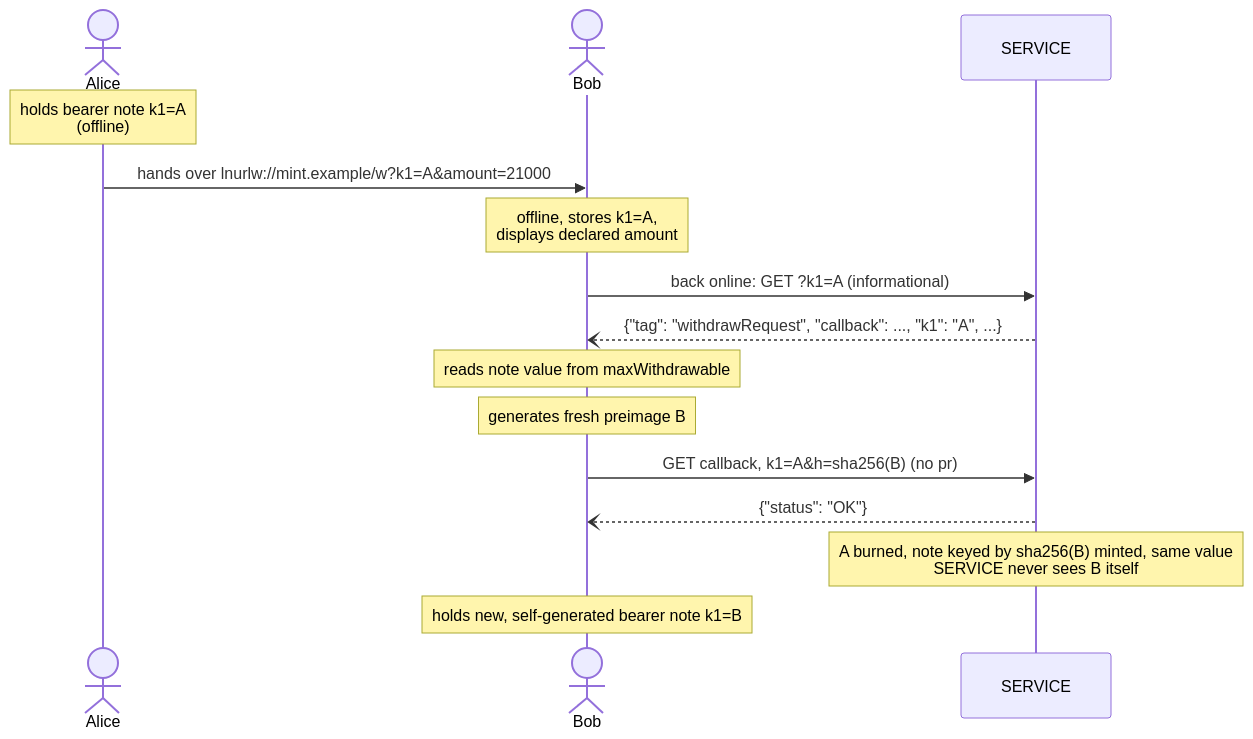
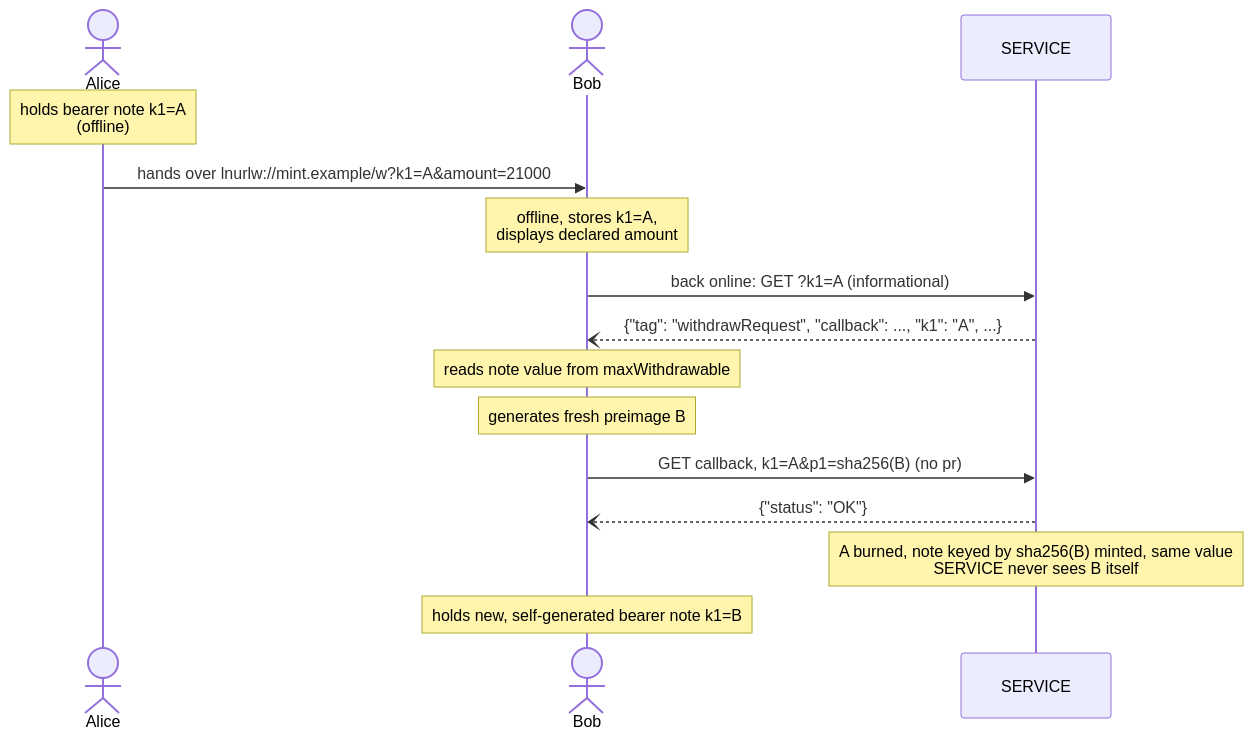
The second of 3 diagrams in 25.md (lnurl/luds), drawn with Mermaid before and after one commit. The commit also changed other lines of this file, not shown here.

````diff
--- a/25.md
+++ b/25.md
@@ -150,17 +130,17 @@
 ```mermaid
 sequenceDiagram
     actor Alice
     actor Bob
     participant SERVICE
     Note over Alice: holds bearer note k1=A<br/>(offline)
     Alice->>Bob: hands over lnurlw://mint.example/w?k1=A&amount=21000
     Note over Bob: offline, stores k1=A,<br/>displays declared amount
     Bob->>SERVICE: back online: GET ?k1=A (informational)
     SERVICE--)Bob: {"tag": "withdrawRequest", "callback": ..., "k1": "A", ...}
     Note over Bob: reads note value from maxWithdrawable
     Note over Bob: generates fresh preimage B
-    Bob->>SERVICE: GET callback, k1=A&h=sha256(B) (no pr)
+    Bob->>SERVICE: GET callback, k1=A&p1=sha256(B) (no pr)
     SERVICE--)Bob: {"status": "OK"}
     Note over SERVICE: A burned, note keyed by sha256(B) minted, same value<br/>SERVICE never sees B itself
     Note over Bob: holds new, self-generated bearer note k1=B
 ```
````
